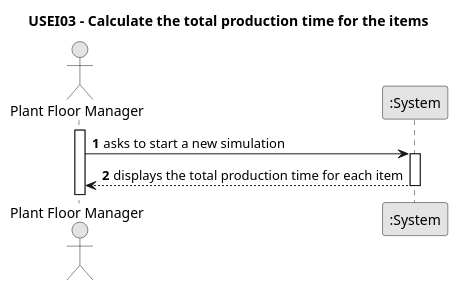
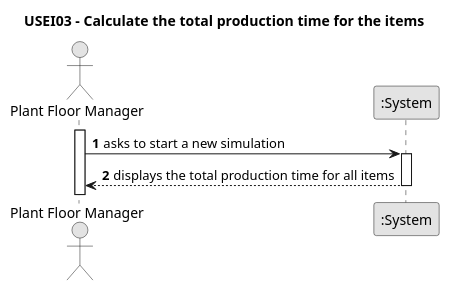
Before and after one commit to JorgeUbaldoR/sem3-25-pi-2024_25-G131: the diagram in documentation/sprint1/ESINF/usei03/01.requirements-engineering/puml/us003-system-sequence-diagram-alternative-one.puml, drawn with PlantUML. The commit also changed 2 other files, not shown here.

```diff
--- a/documentation/sprint1/ESINF/usei03/01.requirements-engineering/puml/us003-system-sequence-diagram-alternative-one.puml
+++ b/documentation/sprint1/ESINF/usei03/01.requirements-engineering/puml/us003-system-sequence-diagram-alternative-one.puml
@@ -1,23 +1,23 @@
 @startuml
 skinparam monochrome true
 skinparam packageStyle rectangle
 skinparam shadowing false
 
 title USEI03 - Calculate the total production time for the items
 
 autonumber
 
 actor "Plant Floor Manager" as PFM
 participant ":System" as System
 
 activate PFM
 
     PFM -> System : asks to start a new simulation
     activate System
 
-    System --> PFM : displays the total production time for each item
+    System --> PFM : displays the total production time for all items
     deactivate System
 
 
 
 @enduml
```
